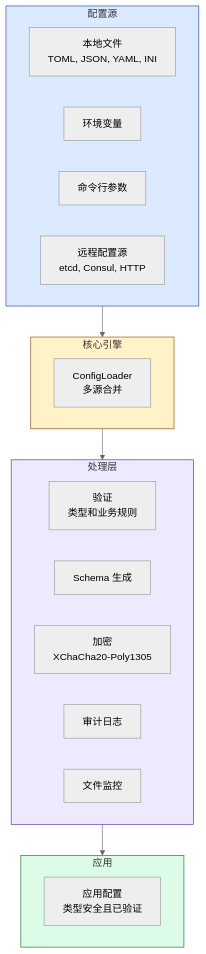
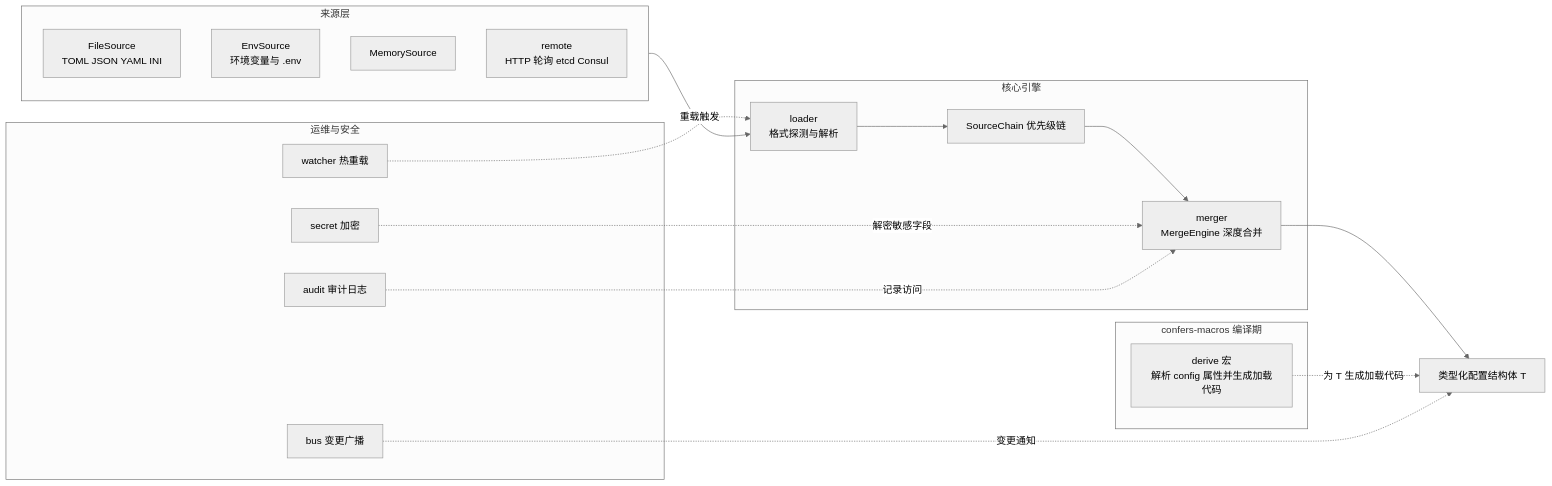
The first of 2 diagrams in README.md (Kirky-X/confers), drawn with Mermaid (neutral theme) before and after one commit. The commit also changed other lines of this file and 1 other file, not shown here.

Commit message:
docs(confers): 重写中英双语 README — Apache 级门面重构：mermaid 架构图与热重载-渐进发布时序图、39 个特性全表、CLI 子命令按源码核实、基准与测试规模标注口径；修正失真内容（figment/validator 致谢改真实依赖、Nonce 重用检测改为可证描述、install 补 --features cli、K8s 源已交付移入已完成）

````diff
--- a/README.md
+++ b/README.md
@@ -629,34 +312,38 @@
 ```mermaid
-graph TB
-    subgraph Sources ["配置源"]
-        A["本地文件<br/>TOML, JSON, YAML, INI"]
-        B["环境变量"]
-        C["命令行参数"]
-        D["远程配置源<br/>etcd, Consul, HTTP"]
+flowchart LR
+    subgraph MACROS["confers-macros 编译期"]
+        DM["derive 宏<br/>解析 config 属性并生成加载代码"]
     end
 
-    subgraph Core ["核心引擎"]
-        E["ConfigLoader<br/>多源合并"]
+    subgraph SOURCES["来源层"]
+        FS["FileSource<br/>TOML JSON YAML INI"]
+        ES["EnvSource<br/>环境变量与 .env"]
+        MS["MemorySource"]
+        RS["remote<br/>HTTP 轮询 etcd Consul"]
     end
 
-    subgraph Processing ["处理层"]
-        F["验证<br/>类型和业务规则"]
-        G["Schema 生成"]
-        H["加密<br/>XChaCha20-Poly1305"]
-        I["审计日志"]
-        J["文件监控"]
+    subgraph CORE["核心引擎"]
+        LD["loader<br/>格式探测与解析"]
+        SC["SourceChain 优先级链"]
+        MG["merger<br/>MergeEngine 深度合并"]
     end
 
-    subgraph Output ["应用"]
-        L["应用配置<br/>类型安全且已验证"]
+    subgraph OPS["运维与安全"]
+        WT["watcher 热重载"]
+        BUS["bus 变更广播"]
+        AU["audit 审计日志"]
+        SE["secret 加密"]
     end
 
-    Sources --> Core
-    Core --> Processing
-    Processing --> Output
+    APP["类型化配置结构体 T"]
 
-    style Sources fill:#DBEAFE,stroke:#1E40AF
-    style Core fill:#FEF3C7,stroke:#92400E
-    style Processing fill:#EDE9FE,stroke:#5B21B6
-    style Output fill:#DCFCE7,stroke:#166534
+    SOURCES --> LD
+    LD --> SC
+    SC --> MG
+    MG --> APP
+    DM -.为 T 生成加载代码.-> APP
+    WT -.重载触发.-> LD
+    BUS -.变更通知.-> APP
+    SE -.解密敏感字段.-> MG
+    AU -.记录访问.-> MG
 ```
````
